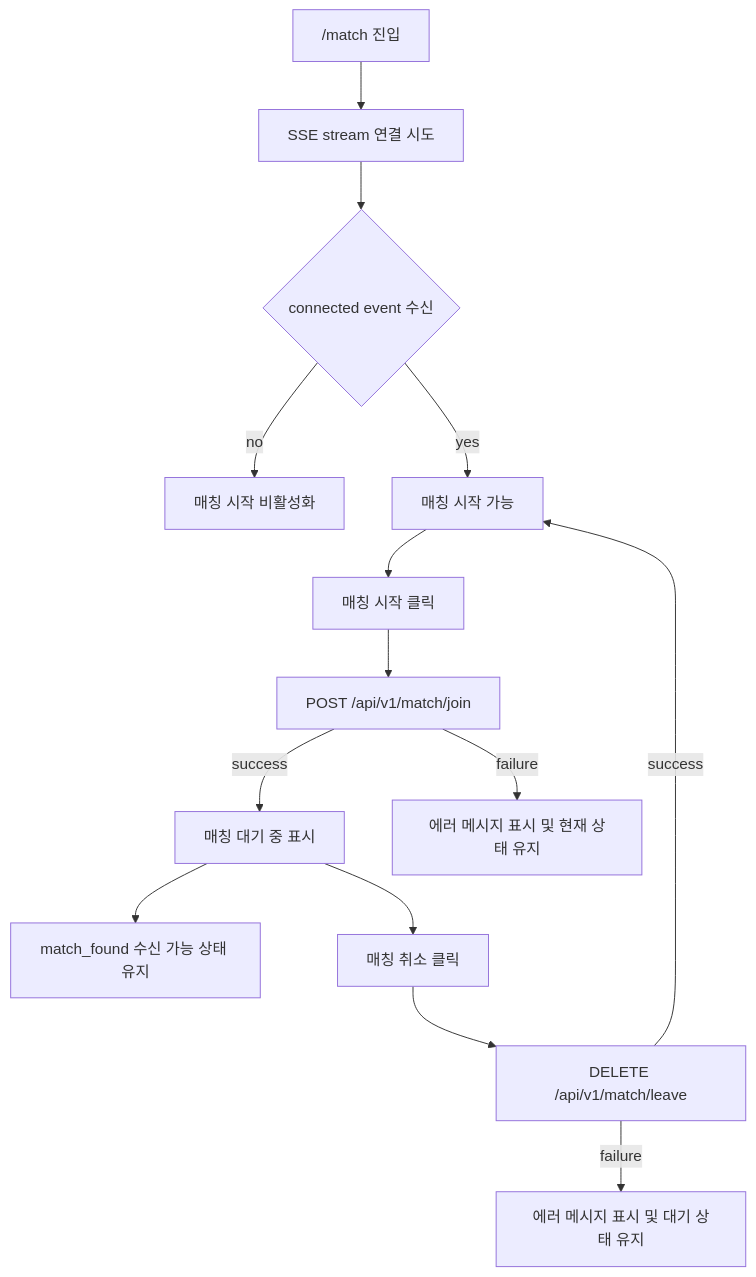
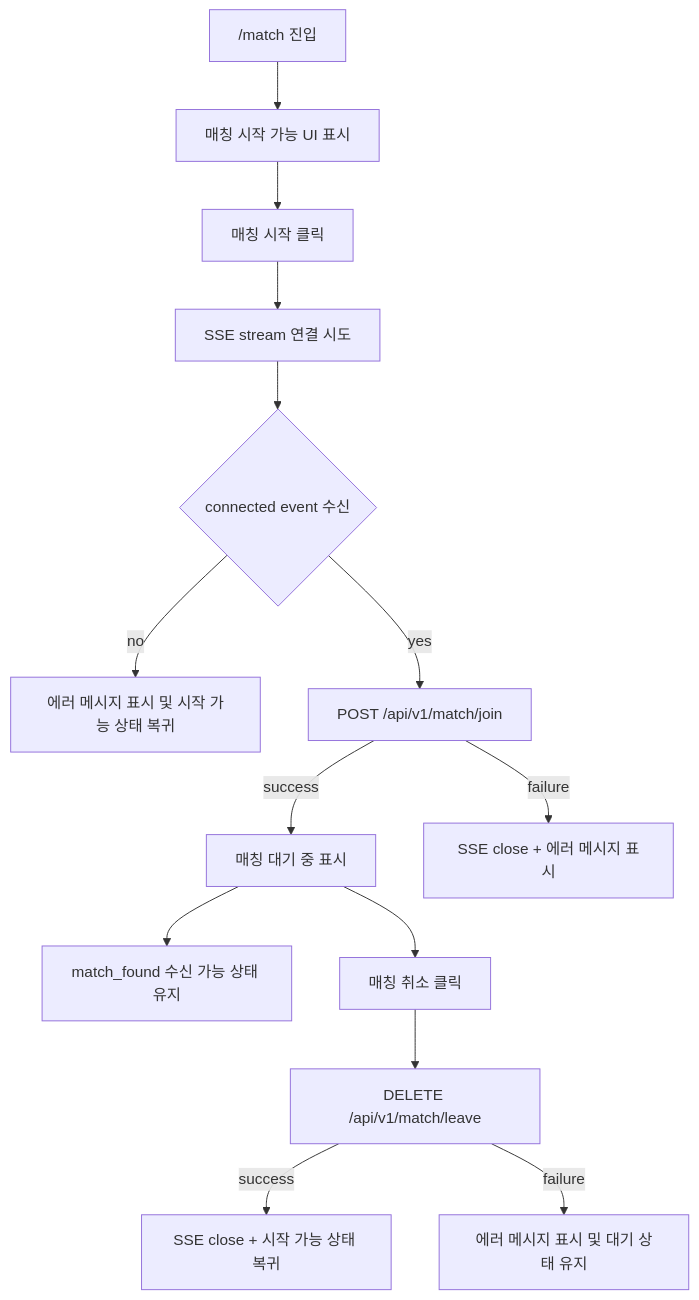
One commit to moonwhistle/League-of-Star changed the first of 2 diagrams in docs/antigravity/frontend/issue-78-match-page.md. Above: the diagram before and after it, drawn with Mermaid. The commit also changed other lines of this file and 12 other files, not shown here.

````diff
--- a/docs/antigravity/frontend/issue-78-match-page.md
+++ b/docs/antigravity/frontend/issue-78-match-page.md
@@ -15,16 +15,16 @@
 ```mermaid
 flowchart TD
-    A["/match 진입"] --> B["SSE stream 연결 시도"]
-    B --> C{connected event 수신}
-    C -->|no| D["매칭 시작 비활성화"]
-    C -->|yes| E["매칭 시작 가능"]
-    E --> F["매칭 시작 클릭"]
-    F --> G["POST /api/v1/match/join"]
+    A["/match 진입"] --> B["매칭 시작 가능 UI 표시"]
+    B --> C["매칭 시작 클릭"]
+    C --> D["SSE stream 연결 시도"]
+    D --> E{connected event 수신}
+    E -->|no| F["에러 메시지 표시 및 시작 가능 상태 복귀"]
+    E -->|yes| G["POST /api/v1/match/join"]
     G -->|success| H["매칭 대기 중 표시"]
-    G -->|failure| I["에러 메시지 표시 및 현재 상태 유지"]
+    G -->|failure| I["SSE close + 에러 메시지 표시"]
     H --> J["match_found 수신 가능 상태 유지"]
     H --> K["매칭 취소 클릭"]
     K --> L["DELETE /api/v1/match/leave"]
-    L -->|success| E
-    L -->|failure| M["에러 메시지 표시 및 대기 상태 유지"]
+    L -->|success| M["SSE close + 시작 가능 상태 복귀"]
+    L -->|failure| N["에러 메시지 표시 및 대기 상태 유지"]
 ```
````
